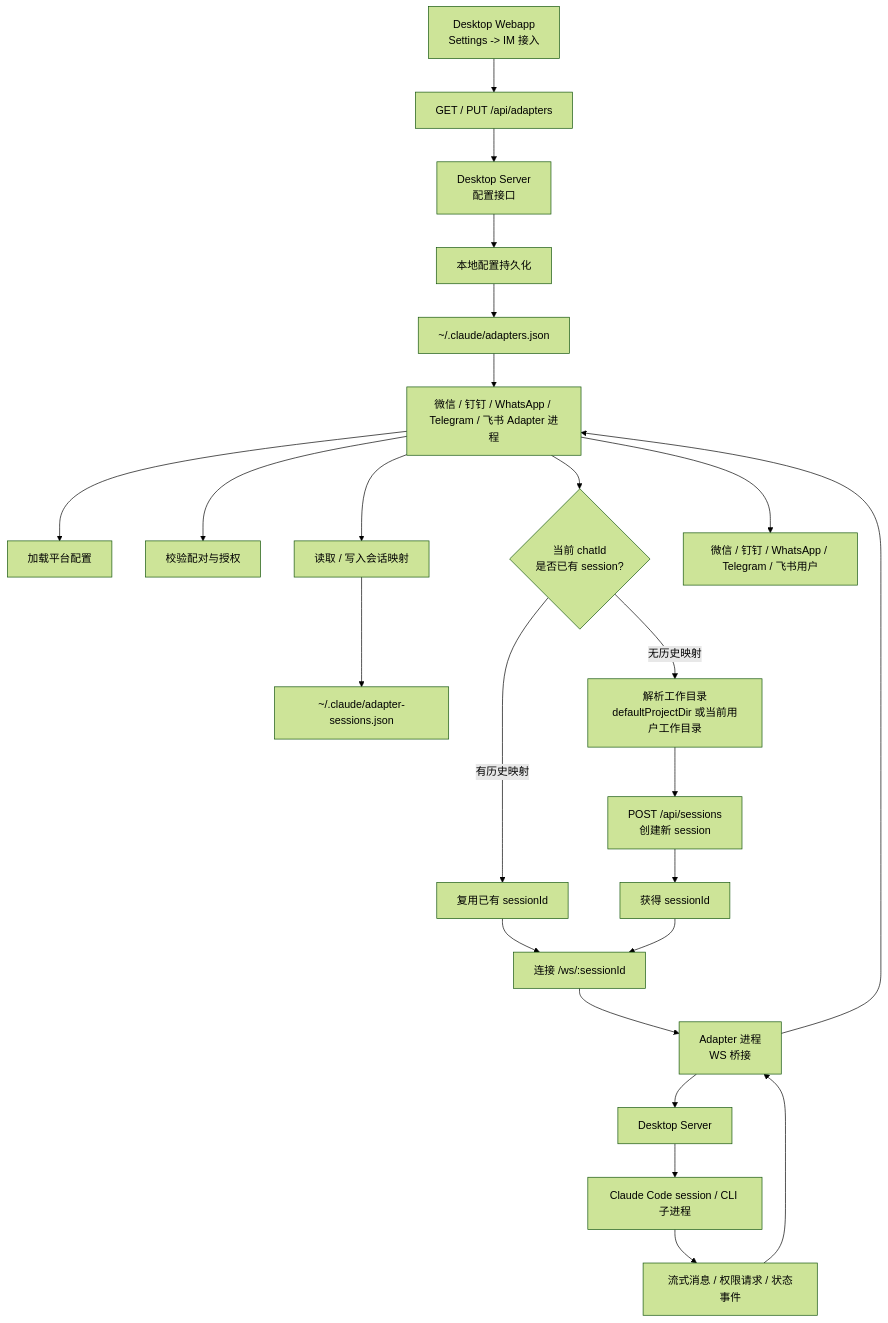
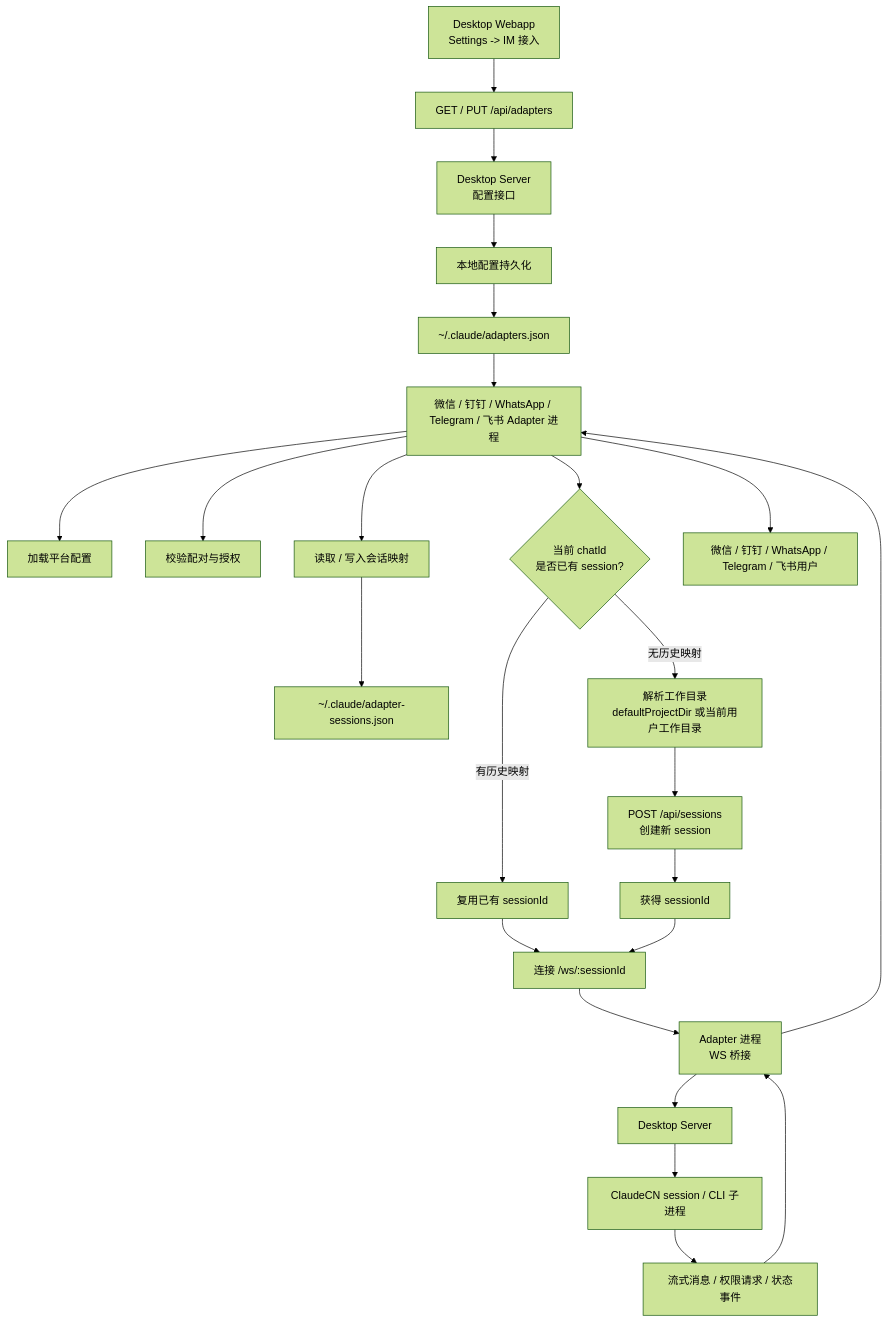
One commit to host1syan/ClaudeCN changed the diagram in docs/im/index.md. Above: the diagram before and after it, drawn with Mermaid (forest theme). The commit also changed other lines of this file and 17 other files, not shown here.

````diff
--- a/docs/im/index.md
+++ b/docs/im/index.md
@@ -12,31 +12,31 @@
 ```mermaid
 flowchart TD
     A["Desktop Webapp<br/>Settings -> IM 接入"] --> B["GET / PUT /api/adapters"]
     B --> C["Desktop Server<br/>配置接口"]
     C --> D["本地配置持久化"]
     D --> E["~/.claude/adapters.json"]
 
     E --> F["微信 / 钉钉 / WhatsApp / Telegram / 飞书 Adapter 进程"]
     F --> G["加载平台配置"]
     F --> H["校验配对与授权"]
     F --> I["读取 / 写入会话映射"]
     I --> J["~/.claude/adapter-sessions.json"]
 
     F --> K{"当前 chatId<br/>是否已有 session?"}
     K -->|有历史映射| L["复用已有 sessionId"]
     K -->|无历史映射| M["解析工作目录<br/>defaultProjectDir 或当前用户工作目录"]
     M --> N["POST /api/sessions<br/>创建新 session"]
 
     N --> Q["获得 sessionId"]
     L --> R["连接 /ws/:sessionId"]
     Q --> R
 
     R --> S["Adapter 进程<br/>WS 桥接"]
     S --> T["Desktop Server"]
-    T --> U["Claude Code session / CLI 子进程"]
+    T --> U["ClaudeCN session / CLI 子进程"]
 
     U --> V["流式消息 / 权限请求 / 状态事件"]
     V --> S
     S --> F
     F --> W["微信 / 钉钉 / WhatsApp / Telegram / 飞书用户"]
 ```
````
